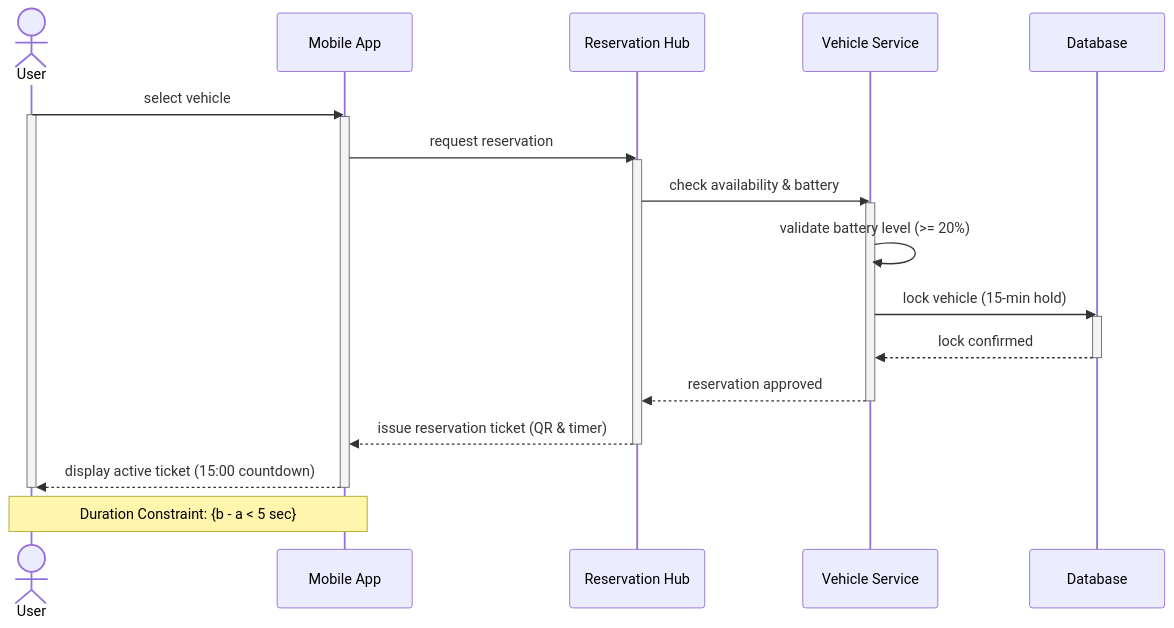
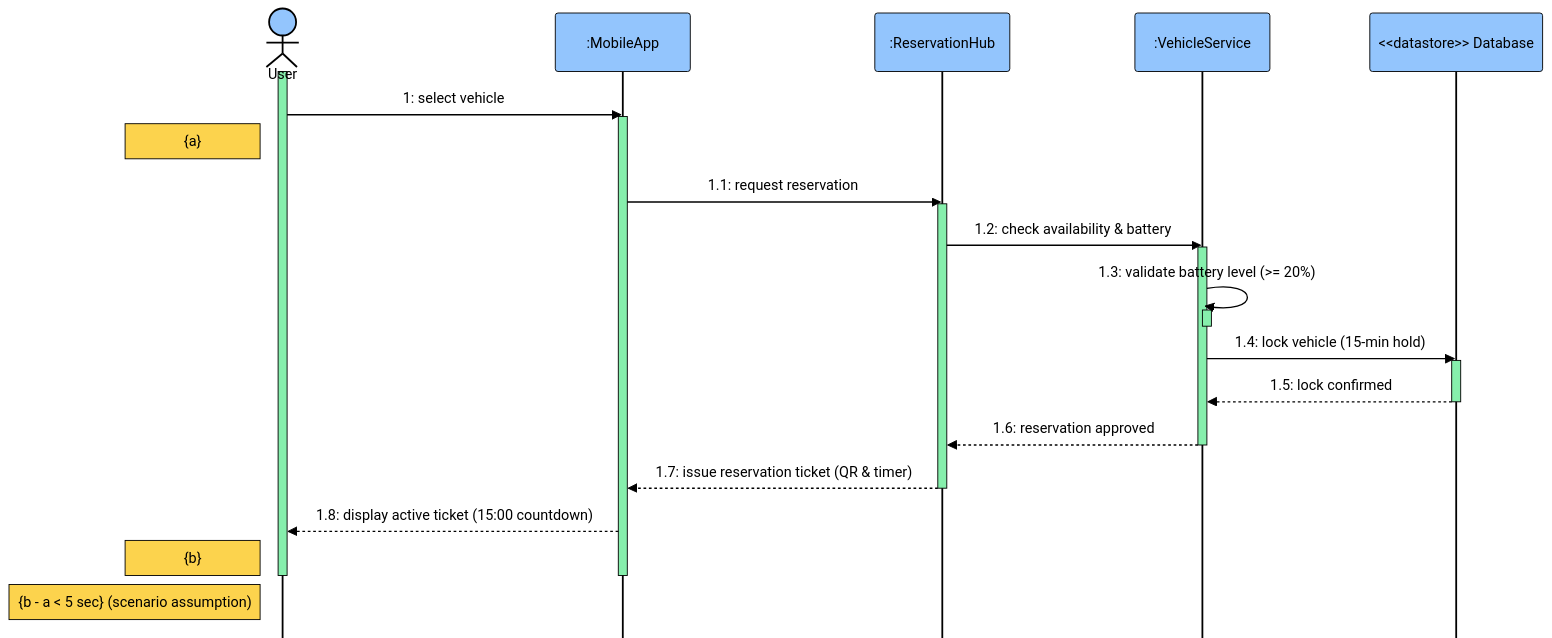
The second of 14 diagrams in 01_Diagram/02_Sequence_Diagram/PLANTUML_SEQUENCE.md (YdtTran/software-engineerning), drawn with Mermaid before and after one commit. The commit also changed other lines of this file and 217 other files, not shown here.

````diff
--- a/01_Diagram/02_Sequence_Diagram/PLANTUML_SEQUENCE.md
+++ b/01_Diagram/02_Sequence_Diagram/PLANTUML_SEQUENCE.md
@@ -80,29 +88,33 @@
 ```mermaid
-sequenceDiagram
-    actor User as User
-    participant App as Mobile App
-    participant Hub as Reservation Hub
-    participant Fleet as Vehicle Service
-    participant DB as Database
-
-    User->>App: select vehicle
-    activate User
-    activate App
-    App->>Hub: request reservation
-    activate Hub
-    Hub->>Fleet: check availability & battery
-    activate Fleet
-    Fleet->>Fleet: validate battery level (>= 20%)
-    Fleet->>DB: lock vehicle (15-min hold)
-    activate DB
-    DB-->>Fleet: lock confirmed
-    deactivate DB
-    Fleet-->>Hub: reservation approved
-    deactivate Fleet
-    Hub-->>App: issue reservation ticket (QR & timer)
-    deactivate Hub
-    App-->>User: display active ticket (15:00 countdown)
-    deactivate App
-    deactivate User
-    Note over User,App: Duration Constraint: {b - a < 5 sec}
+%%{init: {"theme":"base","fontFamily":"Segoe UI","themeVariables":{"fontSize":"16px","textColor":"#000000","primaryTextColor":"#000000","actorTextColor":"#000000","signalTextColor":"#000000","noteTextColor":"#000000","labelTextColor":"#000000","loopTextColor":"#000000","actorBkg":"#93c5fd","actorBorder":"#000000","activationBkgColor":"#86efac","activationBorderColor":"#000000","noteBkgColor":"#fcd34d","noteBorderColor":"#000000","labelBoxBorderColor":"#000000","labelBoxBkgColor":"#93c5fd","background":"#ffffff"},"sequence":{"actorFontSize":18,"messageFontSize":16,"noteFontSize":14,"mirrorActors":false}}}%%
+    sequenceDiagram
+        actor P0 as User
+        participant P1 as :MobileApp
+        participant P2 as :ReservationHub
+        participant P3 as :VehicleService
+        participant P4 as <<datastore>> Database
+    activate P0
+    P0->>P1: 1: select vehicle
+    activate P1
+    Note left of P0: {a}
+    P1->>P2: 1.1: request reservation
+    activate P2
+    P2->>P3: 1.2: check availability & battery
+    activate P3
+    P3->>P3: 1.3: validate battery level (>= 20%)
+    activate P3
+    deactivate P3
+    P3->>P4: 1.4: lock vehicle (15-min hold)
+    activate P4
+    P4-->>P3: 1.5: lock confirmed
+    deactivate P4
+    P3-->>P2: 1.6: reservation approved
+    deactivate P3
+    P2-->>P1: 1.7: issue reservation ticket (QR & timer)
+    deactivate P2
+    P1-->>P0: 1.8: display active ticket (15:00 countdown)
+    Note left of P0: {b}
+    deactivate P0
+    deactivate P1
+    Note left of P0: {b - a < 5 sec} (scenario assumption)
 ```
````
